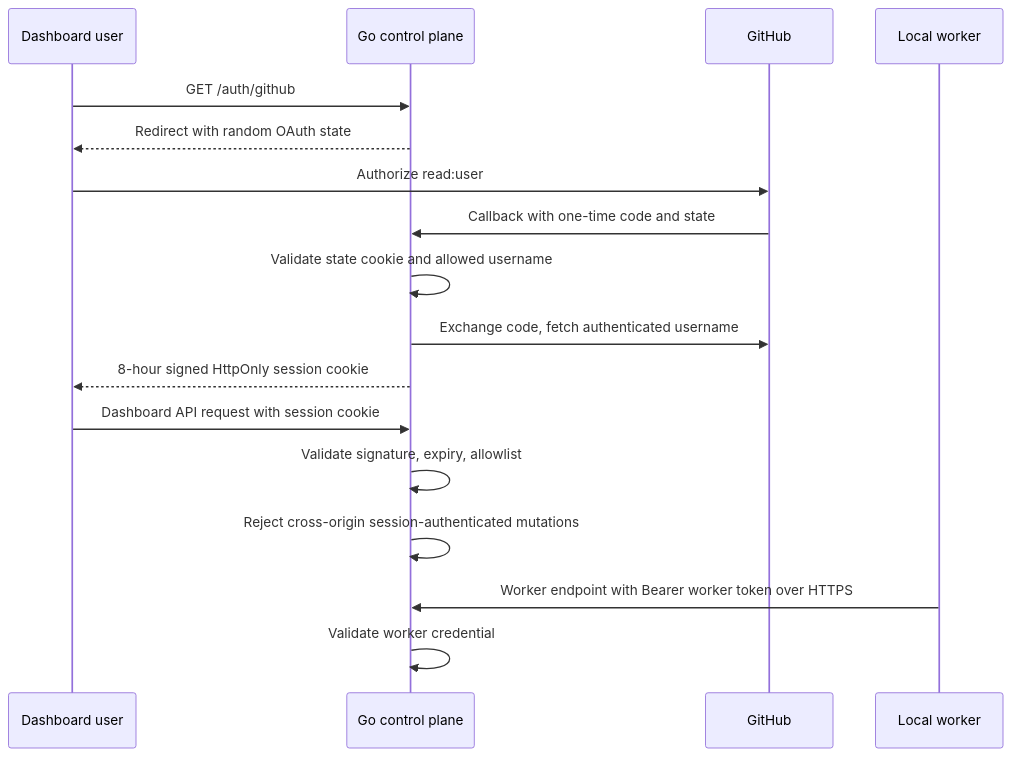
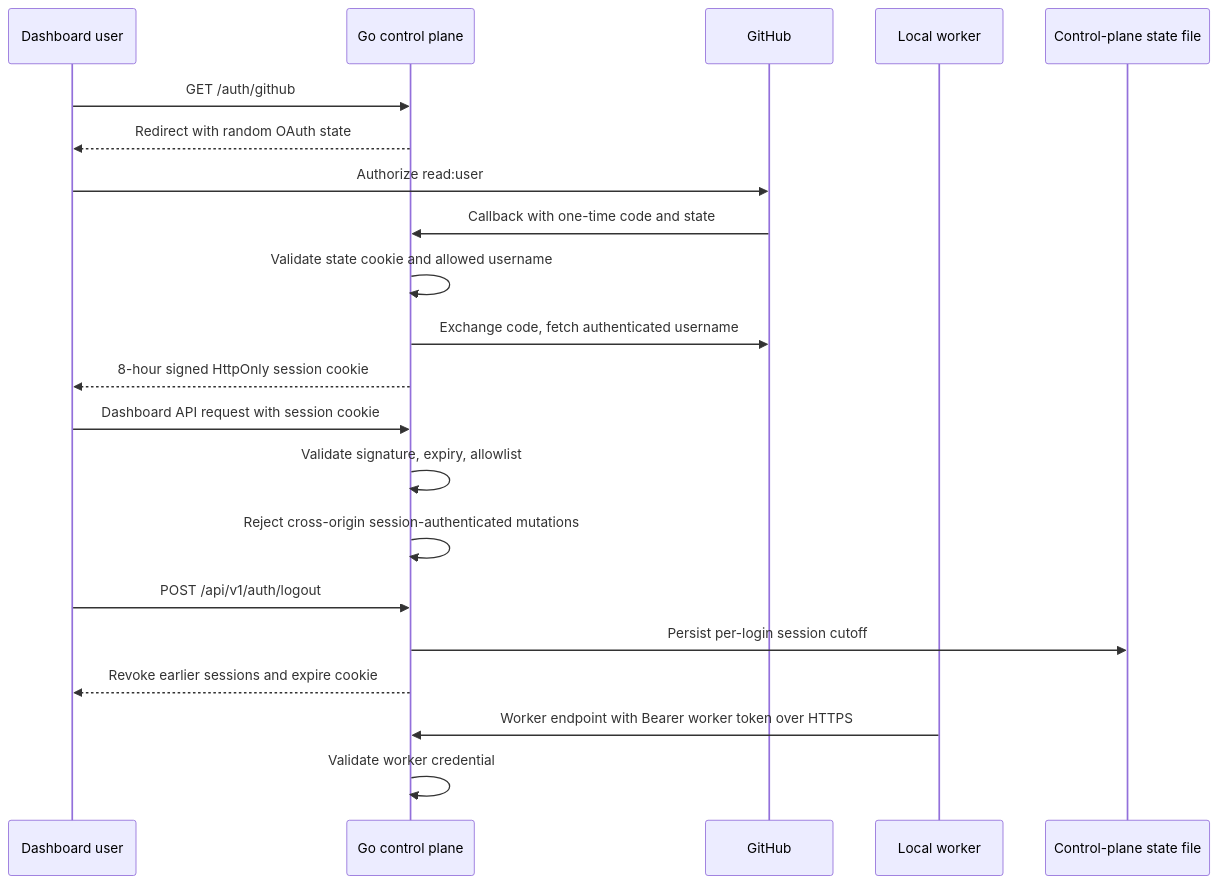
The diagram in docs/features/github-login-and-remote-worker-auth.md (bogdaniel/zenchron-engineering-os), drawn with Mermaid before and after one commit. The commit also changed other lines of this file and 5 other files, not shown here.

Commit message:
fix(auth): revoke sessions on logout

````diff
--- a/docs/features/github-login-and-remote-worker-auth.md
+++ b/docs/features/github-login-and-remote-worker-auth.md
@@ -9,19 +9,23 @@
 ```mermaid
 sequenceDiagram
     participant User as Dashboard user
     participant API as Go control plane
     participant GitHub
     participant Worker as Local worker
+    participant State as Control-plane state file
     User->>API: GET /auth/github
     API-->>User: Redirect with random OAuth state
     User->>GitHub: Authorize read:user
     GitHub->>API: Callback with one-time code and state
     API->>API: Validate state cookie and allowed username
     API->>GitHub: Exchange code, fetch authenticated username
     API-->>User: 8-hour signed HttpOnly session cookie
     User->>API: Dashboard API request with session cookie
     API->>API: Validate signature, expiry, allowlist
     API->>API: Reject cross-origin session-authenticated mutations
+    User->>API: POST /api/v1/auth/logout
+    API->>State: Persist per-login session cutoff
+    API-->>User: Revoke earlier sessions and expire cookie
     Worker->>API: Worker endpoint with Bearer worker token over HTTPS
     API->>API: Validate worker credential
 ```
````
